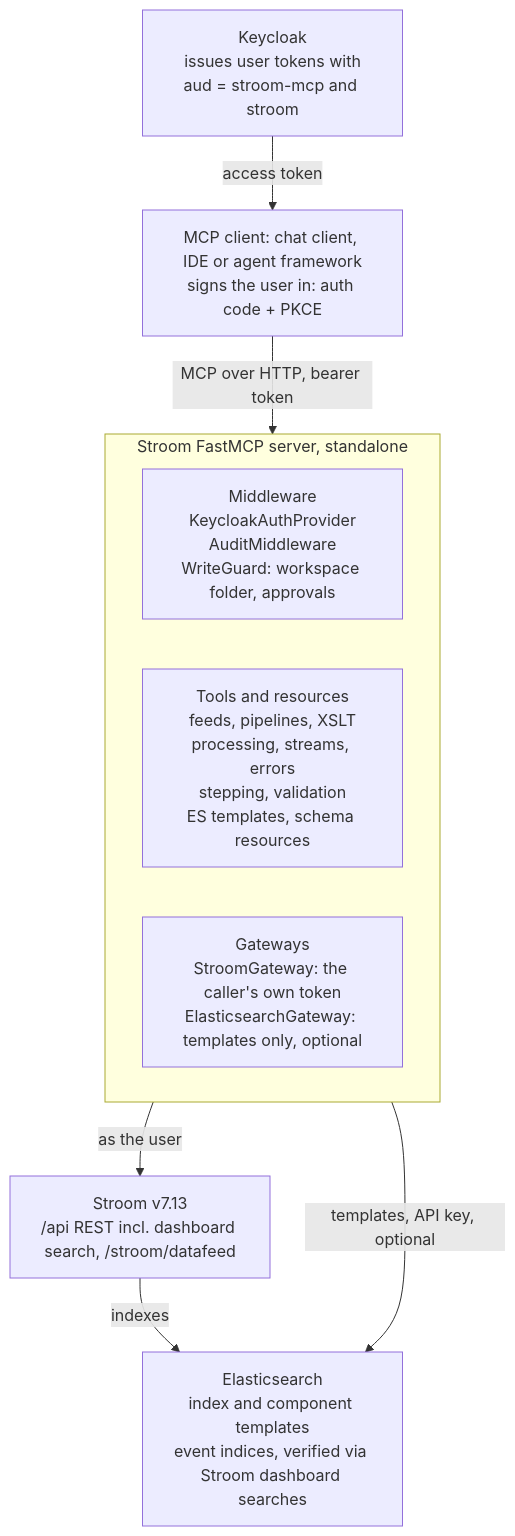
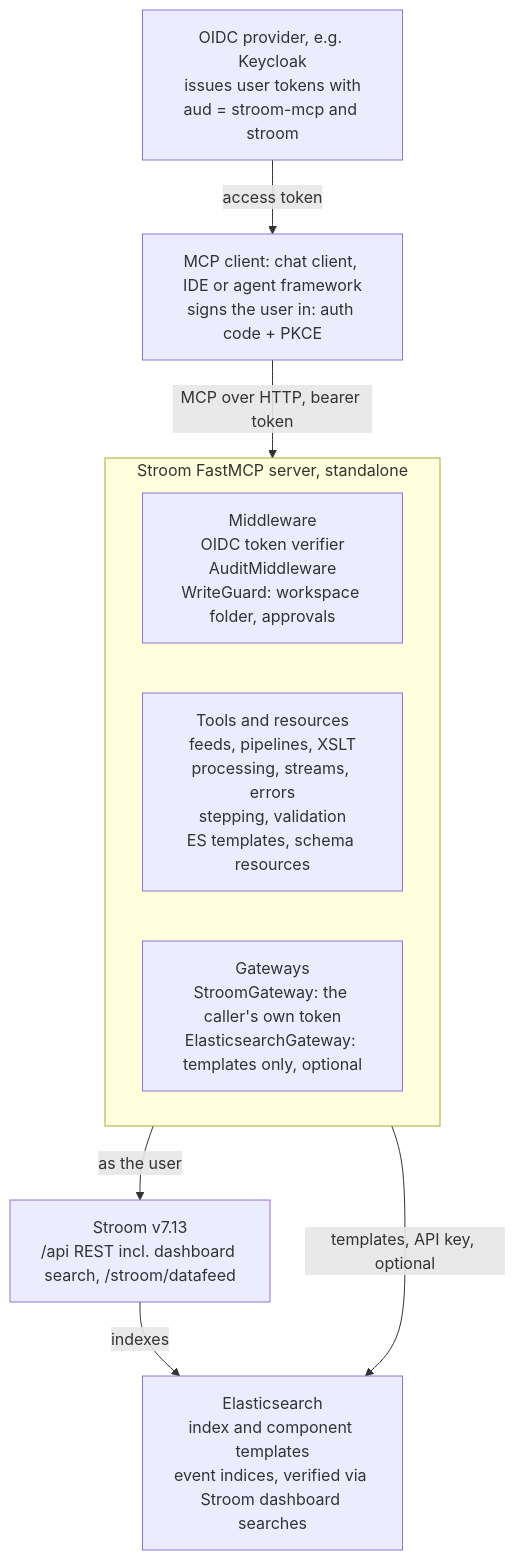
One commit to gradata-systems/stroom-fastmcp-server changed the second of 2 diagrams in docs/DESIGN.md. Above: the diagram before and after it, drawn with Mermaid. The commit also changed other lines of this file and 23 other files, not shown here.

First line of the commit message:
Support any OpenID Connect provider, not just Keycloak

````diff
--- a/docs/DESIGN.md
+++ b/docs/DESIGN.md
@@ -155,17 +155,17 @@
 ```mermaid
 flowchart TB
     client[MCP client: chat client, IDE or agent framework<br/>signs the user in: auth code + PKCE]
-    kc[Keycloak<br/>issues user tokens with<br/>aud = stroom-mcp and stroom]
+    kc[OIDC provider, e.g. Keycloak<br/>issues user tokens with<br/>aud = stroom-mcp and stroom]
     subgraph server[Stroom FastMCP server, standalone]
-        mw[Middleware<br/>KeycloakAuthProvider<br/>AuditMiddleware<br/>WriteGuard: workspace folder, approvals]
+        mw[Middleware<br/>OIDC token verifier<br/>AuditMiddleware<br/>WriteGuard: workspace folder, approvals]
         tools[Tools and resources<br/>feeds, pipelines, XSLT<br/>processing, streams, errors<br/>stepping, validation<br/>ES templates, schema resources]
         gw[Gateways<br/>StroomGateway: the caller's own token<br/>ElasticsearchGateway: templates only, optional]
     end
     stroom[Stroom v7.13<br/>/api REST incl. dashboard search, /stroom/datafeed]
     es[Elasticsearch<br/>index and component templates<br/>event indices, verified via Stroom dashboard searches]
     kc -- access token --> client
     client -- MCP over HTTP, bearer token --> server
     server -- as the user --> stroom
     server -- templates, API key, optional --> es
     stroom -- indexes --> es
 ```
````
